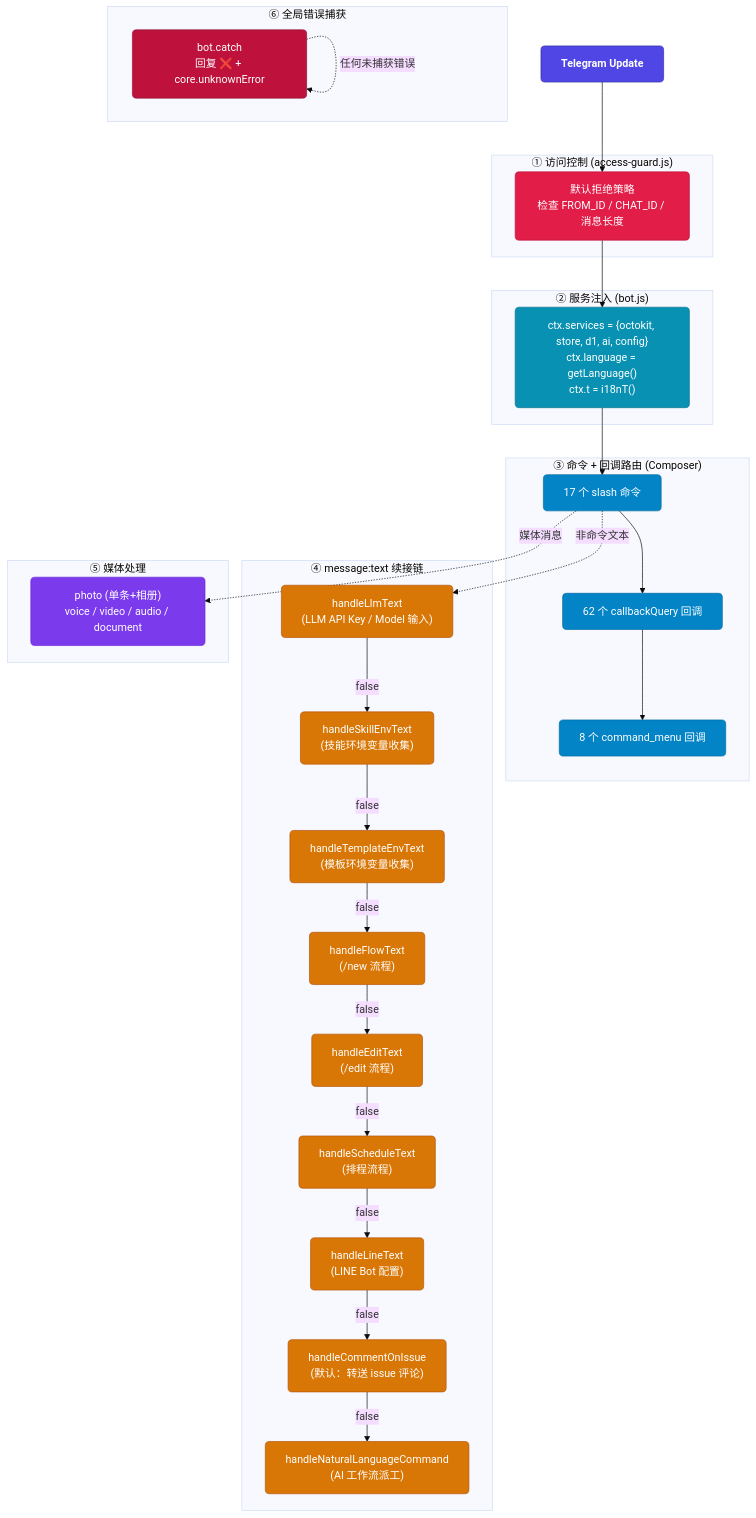
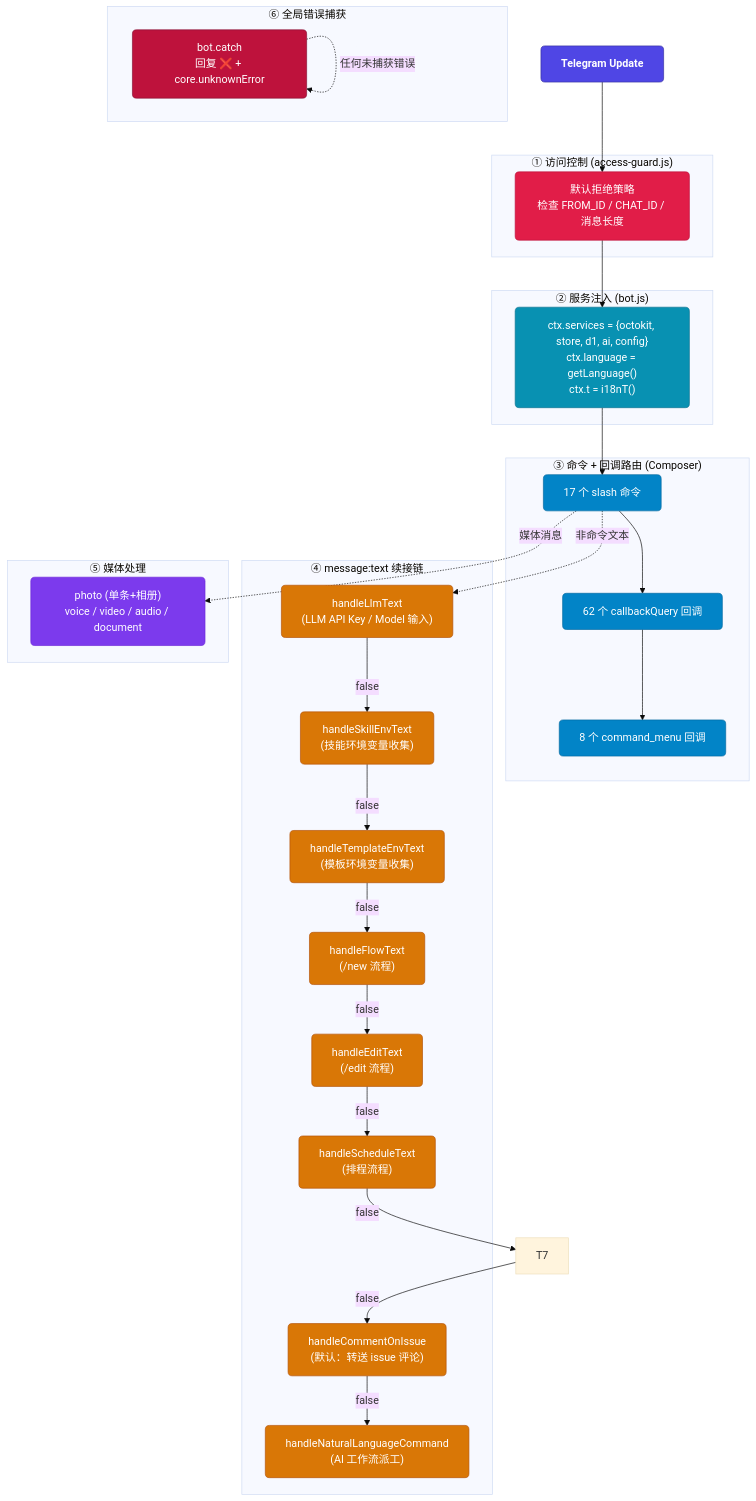
One commit to getfde-admin/myagent-core changed the third of 11 diagrams in src/ARCHITECTURE.md. Above: the diagram before and after it, drawn with Mermaid (base theme). The commit also changed other lines of this file and 20 other files, not shown here.

First line of the commit message:
fix: sync Telegram command menu via waitUntil + remove LINE bot remnants

````diff
--- a/src/ARCHITECTURE.md
+++ b/src/ARCHITECTURE.md
@@ -176,53 +176,52 @@
 ```mermaid
 flowchart TB
     classDef entry fill:#4f46e5,stroke:#3730a3,color:#fff,font-weight:bold,rx:6px
     classDef guard fill:#e11d48,stroke:#be123c,color:#fff,rx:6px
     classDef svc fill:#0891b2,stroke:#0e7490,color:#fff,rx:6px
     classDef cmd fill:#0284c7,stroke:#0369a1,color:#fff,rx:6px
     classDef flow fill:#d97706,stroke:#b45309,color:#fff,rx:6px
     classDef media fill:#7c3aed,stroke:#6d28d9,color:#fff,rx:6px
     classDef err fill:#be123c,stroke:#881337,color:#fff,rx:6px
 
     UPDATE["Telegram Update"]:::entry
 
     subgraph "① 访问控制 (access-guard.js)"
         AG["默认拒绝策略<br/>检查 FROM_ID / CHAT_ID / 消息长度"]:::guard
     end
 
     subgraph "② 服务注入 (bot.js)"
         SVC["ctx.services = {octokit, store, d1, ai, config}<br/>ctx.language = getLanguage()<br/>ctx.t = i18nT()"]:::svc
     end
 
     subgraph "③ 命令 + 回调路由 (Composer)"
         CMD["17 个 slash 命令"]:::cmd
         CB["62 个 callbackQuery 回调"]:::cmd
         MENUCB["8 个 command_menu 回调"]:::cmd
     end
 
     subgraph "④ message:text 续接链"
         T1["handleLlmText<br/>(LLM API Key / Model 输入)"]:::flow
         T2["handleSkillEnvText<br/>(技能环境变量收集)"]:::flow
         T3["handleTemplateEnvText<br/>(模板环境变量收集)"]:::flow
         T4["handleFlowText<br/>(/new 流程)"]:::flow
         T5["handleEditText<br/>(/edit 流程)"]:::flow
         T6["handleScheduleText<br/>(排程流程)"]:::flow
-        T7["handleLineText<br/>(LINE Bot 配置)"]:::flow
         T8["handleCommentOnIssue<br/>(默认：转送 issue 评论)"]:::flow
         T9["handleNaturalLanguageCommand<br/>(AI 工作流派工)"]:::flow
     end
 
     subgraph "⑤ 媒体处理"
         MEDIA["photo (单条+相册)<br/>voice / video / audio / document"]:::media
     end
 
     subgraph "⑥ 全局错误捕获"
         CATCH["bot.catch<br/>回复 ❌ + core.unknownError"]:::err
     end
 
     UPDATE --> AG --> SVC --> CMD --> CB --> MENUCB
     CMD -.->|"非命令文本"| T1
     T1 -->|false| T2 -->|false| T3 -->|false| T4 -->|false| T5
     T5 -->|false| T6 -->|false| T7 -->|false| T8 -->|false| T9
     CMD -.->|"媒体消息"| MEDIA
     CATCH -.->|"任何未捕获错误"| CATCH
 ```
````
